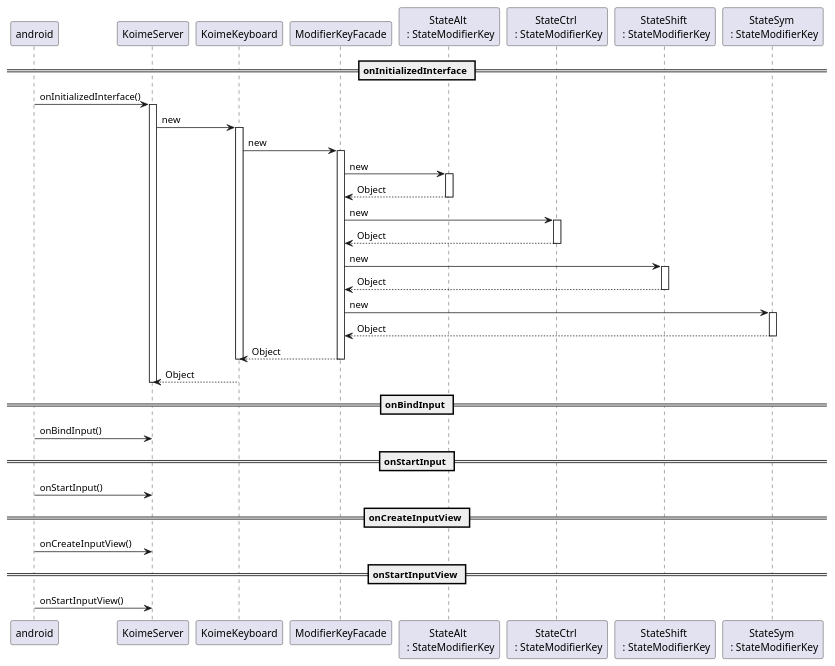
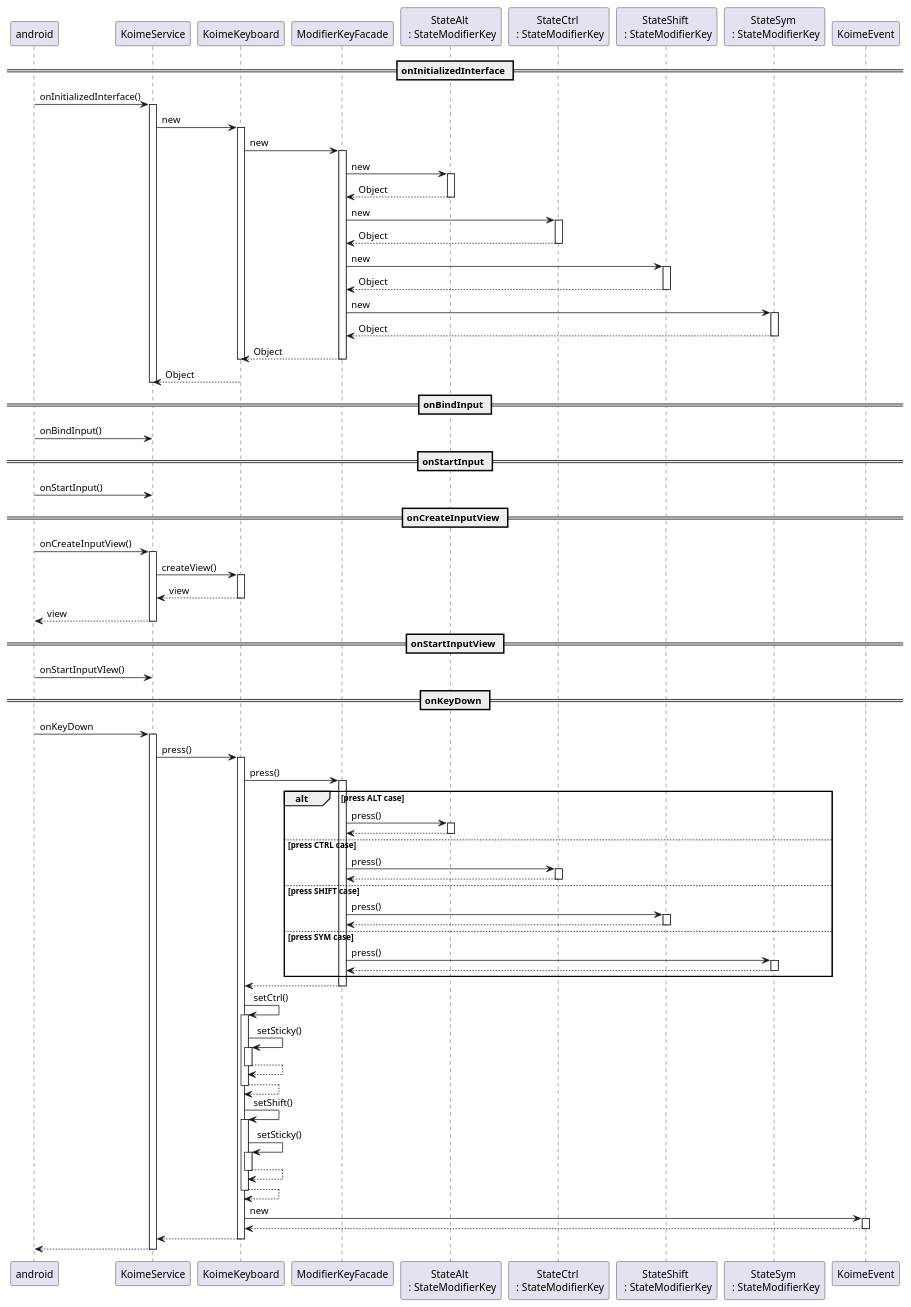
Before and after one commit to shntn/KEYoneIME: the second of 2 diagrams in doc/test.adoc, drawn with PlantUML. The commit also changed other lines of this file, not shown here.

Commit message:
[update]ドキュメント更新

```diff
--- a/doc/test.adoc
+++ b/doc/test.adoc
@@ -223,12 +250,12 @@
-[plantuml]
+[plantuml,file="sequence.png"]
 ----
 @startuml
 
 == onInitializedInterface ==
 
-android -> KoimeServer : onInitializedInterface()
-activate KoimeServer
-KoimeServer -> KoimeKeyboard : new
+android -> KoimeService : onInitializedInterface()
+activate KoimeService
+KoimeService -> KoimeKeyboard : new
 activate KoimeKeyboard
 KoimeKeyboard -> ModifierKeyFacade : new
 activate ModifierKeyFacade
@@ -245,31 +272,103 @@
 StateShift --> ModifierKeyFacade : Object
 deactivate StateShift
 ModifierKeyFacade -> "StateSym \n : StateModifierKey" As StateSym : new
-Activate StateSym
+activate StateSym
 StateSym --> ModifierKeyFacade : Object
 deactivate StateSym
 ModifierKeyFacade --> KoimeKeyboard : Object
 deactivate ModifierKeyFacade
 deactivate KoimeKeyboard
-KoimeKeyboard --> KoimeServer : Object
-deactivate KoimeServer
+KoimeKeyboard --> KoimeService : Object
+deactivate KoimeService
 
 == onBindInput ==
 
-android -> KoimeServer : onBindInput()
+android -> KoimeService : onBindInput()
 
 == onStartInput ==
 
-android -> KoimeServer : onStartInput()
+android -> KoimeService : onStartInput()
 
 == onCreateInputView ==
 
-android -> KoimeServer : onCreateInputView()
+android -> KoimeService : onCreateInputView()
+activate KoimeService
+KoimeService -> KoimeKeyboard : createView()
+activate KoimeKeyboard
+KoimeKeyboard --> KoimeService : view
+deactivate KoimeKeyboard
+KoimeService --> android : view
+deactivate KoimeService
 
 == onStartInputView ==
 
-android -> KoimeServer : onStartInputView()
+android -> KoimeService : onStartInputVIew()
 
+== onKeyDown ==
+
+android -> KoimeService : onKeyDown
+activate KoimeService
+KoimeService -> KoimeKeyboard : press()
+activate KoimeKeyboard
+KoimeKeyboard -> ModifierKeyFacade : press()
+activate ModifierKeyFacade
+
+alt press ALT case
+
+    ModifierKeyFacade -> StateAlt : press()
+    activate StateAlt
+    StateAlt --> ModifierKeyFacade :
+    deactivate StateAlt
+
+else press CTRL case
+
+    ModifierKeyFacade -> StateCtrl : press()
+    activate StateCtrl
+    StateCtrl --> ModifierKeyFacade :
+    deactivate StateCtrl
+
+else press SHIFT case
+
+    ModifierKeyFacade -> StateShift : press()
+    activate StateShift
+    StateShift --> ModifierKeyFacade :
+    deactivate StateShift
+
+else press SYM case
+
+    ModifierKeyFacade -> StateSym : press()
+    activate StateSym
+    StateSym --> ModifierKeyFacade :
+    deactivate StateSym
+
+end
+
+ModifierKeyFacade --> KoimeKeyboard :
+deactivate ModifierKeyFacade
+KoimeKeyboard -> KoimeKeyboard : setCtrl()
+activate KoimeKeyboard
+KoimeKeyboard -> KoimeKeyboard : setSticky()
+activate KoimeKeyboard
+KoimeKeyboard --> KoimeKeyboard :
+deactivate KoimeKeyboard
+KoimeKeyboard --> KoimeKeyboard :
+deactivate KoimeKeyboard
+KoimeKeyboard -> KoimeKeyboard : setShift()
+activate KoimeKeyboard
+KoimeKeyboard -> KoimeKeyboard : setSticky()
+activate KoimeKeyboard
+KoimeKeyboard --> KoimeKeyboard :
+deactivate KoimeKeyboard
+KoimeKeyboard --> KoimeKeyboard :
+deactivate KoimeKeyboard
+KoimeKeyboard -> KoimeEvent : new
+activate KoimeEvent
+KoimeEvent --> KoimeKeyboard :
+deactivate KoimeEvent
+KoimeKeyboard --> KoimeService : 
+deactivate KoimeKeyboard
+KoimeService --> android
+deactivate KoimeService
 
 @enduml
 ----
```
